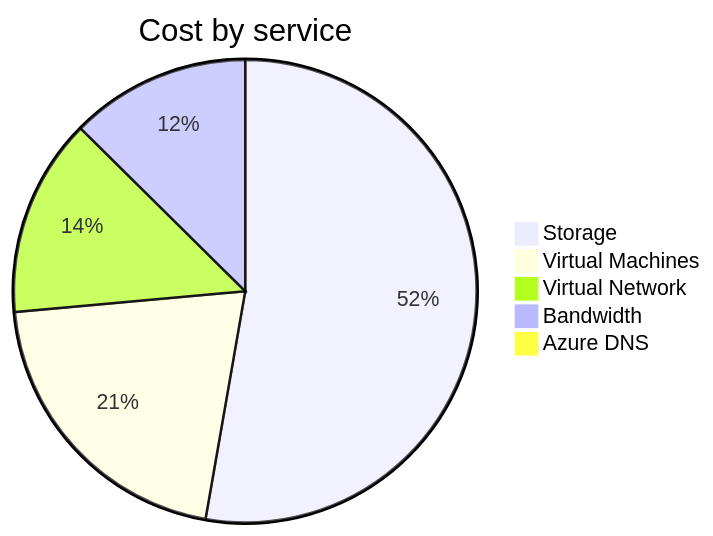
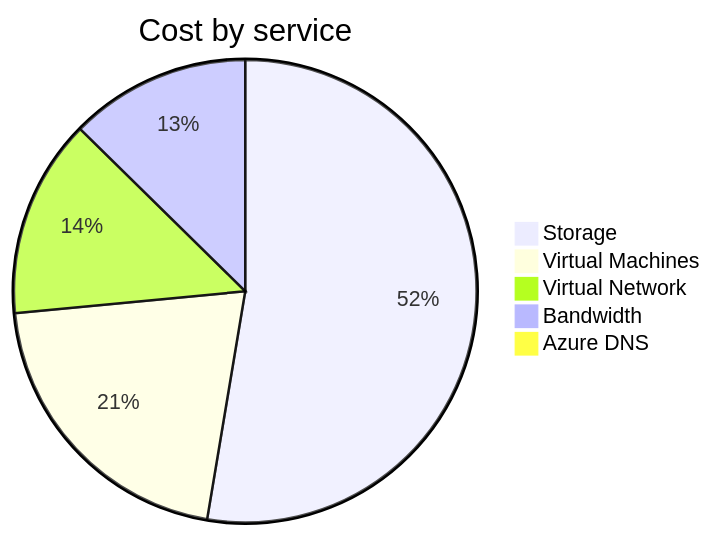
Before and after one commit to jpfulton/azure-personal-reports: the second of 4 diagrams in cost-reports/personal-network/README.md, drawn with Mermaid. The commit also changed other lines of this file and 8 other files, not shown here.

````diff
--- a/cost-reports/personal-network/README.md
+++ b/cost-reports/personal-network/README.md
@@ -99,9 +99,9 @@
 ```mermaid
 pie
    title Cost by service
-   "Storage" : 26.40
-   "Virtual Machines" : 10.42
-   "Virtual Network" : 6.93
-   "Bandwidth" : 6.30
-   "Azure DNS" : 0.47
+   "Storage" : 27.24
+   "Virtual Machines" : 10.79
+   "Virtual Network" : 7.18
+   "Bandwidth" : 6.54
+   "Azure DNS" : 0.48
 ```
````
